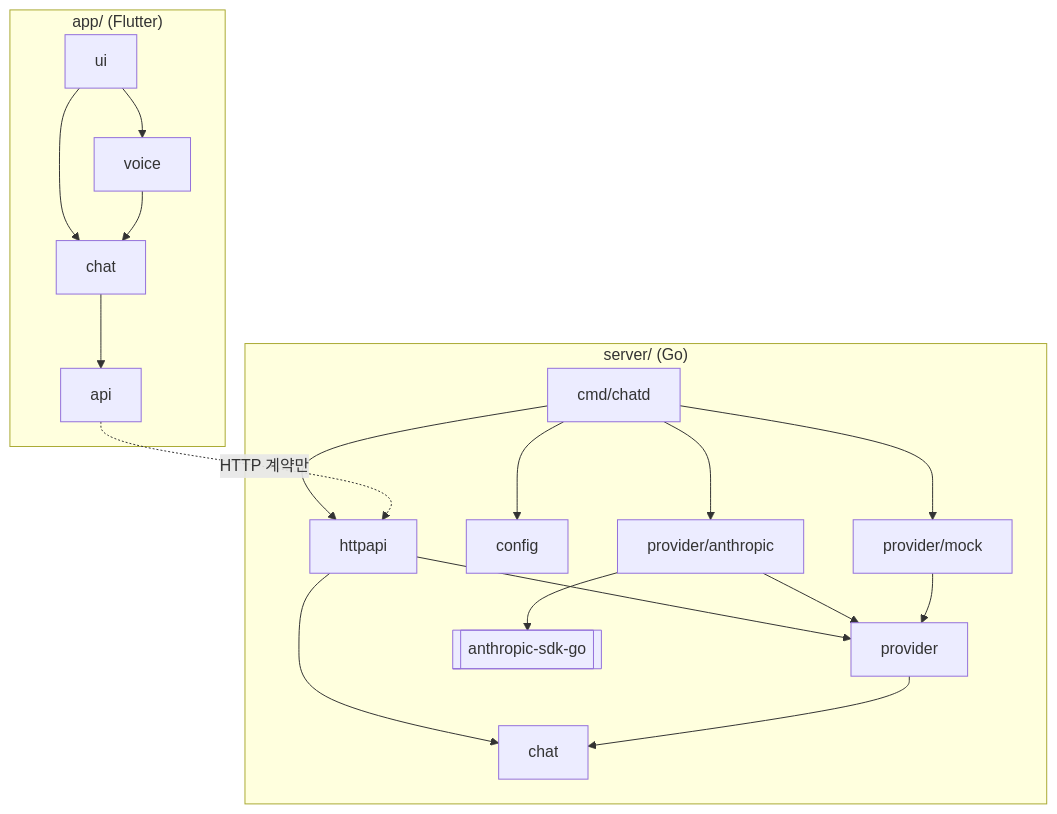
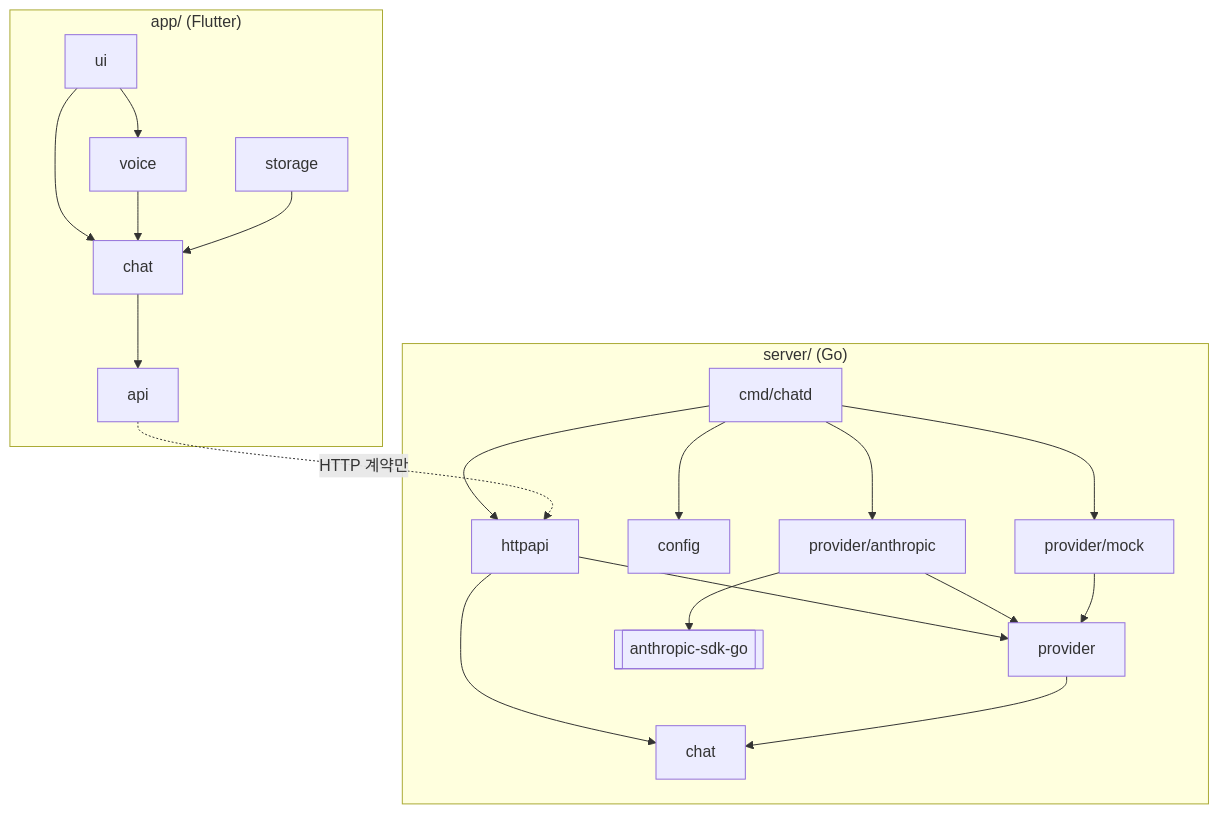
Before and after one commit to kimtaesung98/ai-agent-chat-demo: the second of 7 diagrams in ARCHITECTURE.md, drawn with Mermaid. The commit also changed other lines of this file and 89 other files, not shown here.

````diff
--- a/ARCHITECTURE.md
+++ b/ARCHITECTURE.md
@@ -174,22 +176,23 @@
 ```mermaid
 flowchart TD
     subgraph Server ["server/ (Go)"]
         CMD[cmd/chatd] --> HTTP[httpapi]
         CMD --> CFG[config]
         CMD --> ANT[provider/anthropic]
         CMD --> MOCK[provider/mock]
         HTTP --> PROV[provider]
         HTTP --> CHAT[chat]
         ANT --> PROV
         MOCK --> PROV
         PROV --> CHAT
         ANT --> SDK[["anthropic-sdk-go"]]
     end
     subgraph App ["app/ (Flutter)"]
         UI[ui] --> CTRL[chat]
         UI --> VOICE[voice]
         VOICE --> CTRL
+        STORE[storage] --> CTRL
         CTRL --> API[api]
     end
     API -.->|"HTTP 계약만"| HTTP
 ```
````
